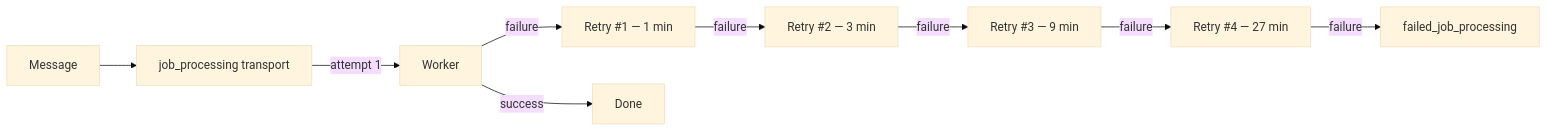
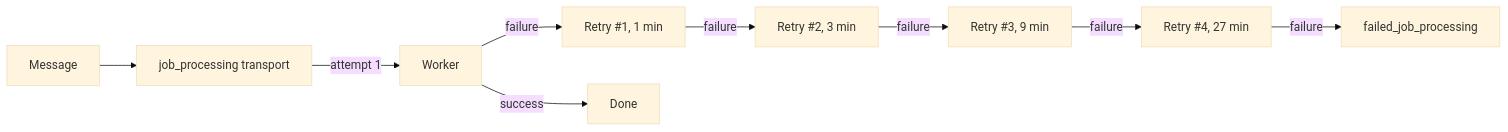
One commit to NicolasMugnier/nicolasmugnier.github.io changed the third of 4 diagrams in _posts/architecture/2026-02-22-scaling-background-jobs-and-caching-in-a-php-application.md. Above: the diagram before and after it, drawn with Mermaid (base theme). The commit also changed other lines of this file and 12 other files, not shown here.

```diff
--- a/_posts/architecture/2026-02-22-scaling-background-jobs-and-caching-in-a-php-application.md
+++ b/_posts/architecture/2026-02-22-scaling-background-jobs-and-caching-in-a-php-application.md
@@ -166,11 +166,11 @@
 <div class="mermaid">
 flowchart LR
     MSG[Message] --> T[job_processing transport]
     T -->|attempt 1| W[Worker]
-    W -->|failure| R1["Retry #1 — 1 min"]
-    R1 -->|failure| R2["Retry #2 — 3 min"]
-    R2 -->|failure| R3["Retry #3 — 9 min"]
-    R3 -->|failure| R4["Retry #4 — 27 min"]
+    W -->|failure| R1["Retry #1, 1 min"]
+    R1 -->|failure| R2["Retry #2, 3 min"]
+    R2 -->|failure| R3["Retry #3, 9 min"]
+    R3 -->|failure| R4["Retry #4, 27 min"]
     R4 -->|failure| DLQ[failed_job_processing]
     W -->|success| DONE[Done]
 </div>
```
